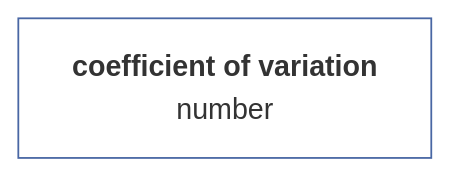
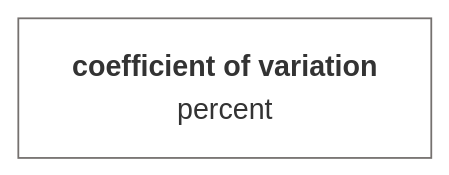
Before and after one commit to muzikp/retusa: diagram 14 of 24 in docs/en-GB/vector.md, drawn with Mermaid. The commit also changed 13 other files, not shown here.

````diff
--- a/docs/en-GB/vector.md
+++ b/docs/en-GB/vector.md
@@ -391,7 +391,7 @@
 ```mermaid
 graph TD
-varc[<b>coefficient of variation<br></b>number]
+varc[<b>coefficient of variation<br></b>percent]
 style varc fill:#FFFFFF;
-style varc stroke:#4967A4;
+style varc stroke:#75716F;
 
 ```
````
